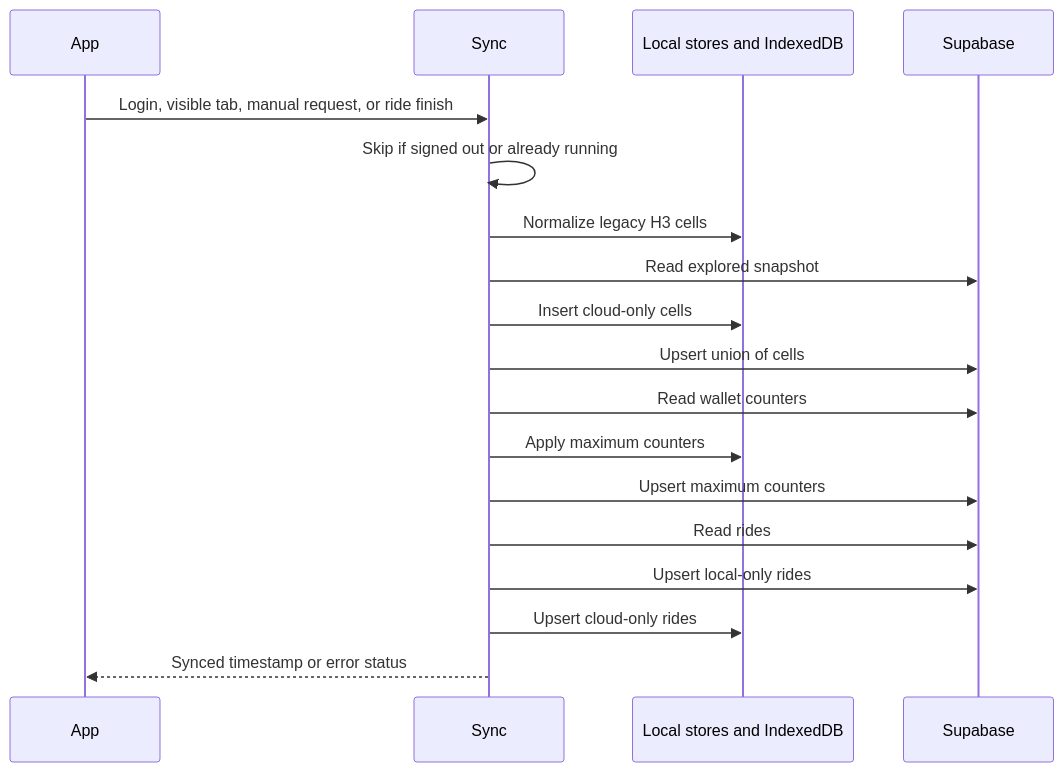
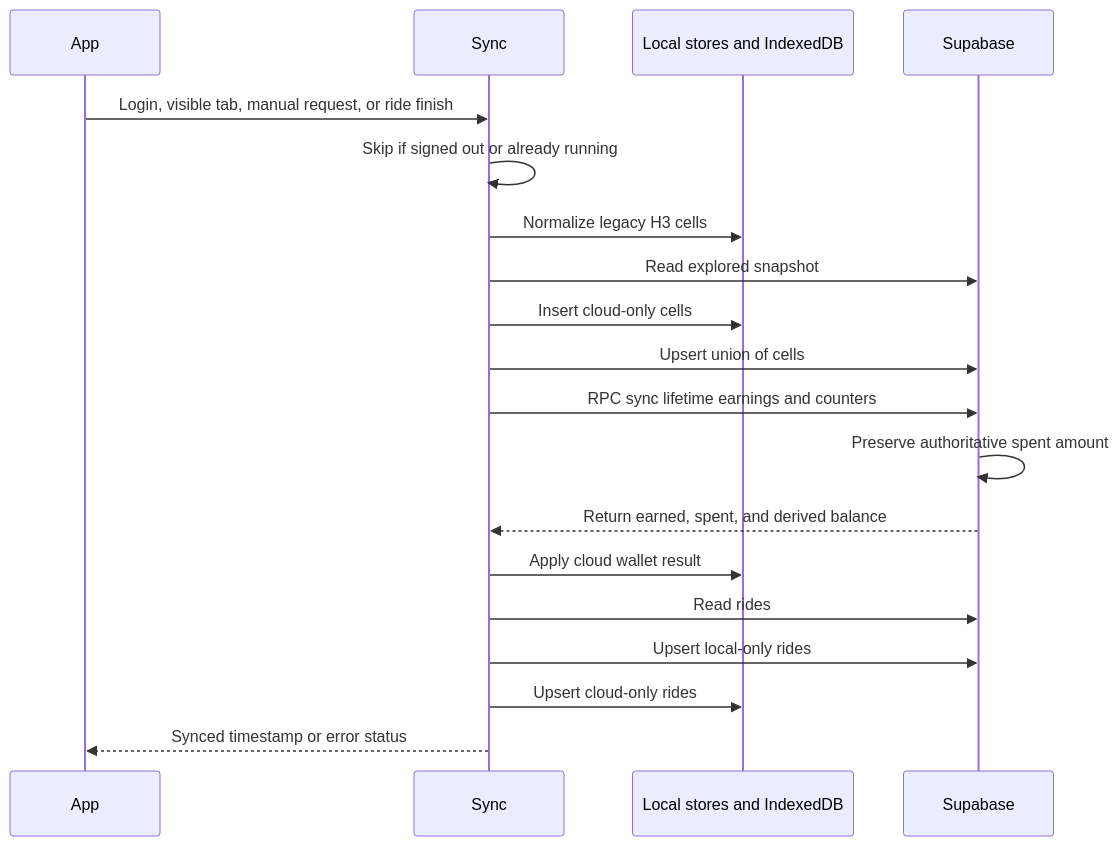
The first of 2 diagrams in Architecture/7-Runtime-View/7.4-Cloud-Synchronization.md (MadCowDevelopment/veloterra), drawn with Mermaid before and after one commit. The commit also changed other lines of this file and 25 other files, not shown here.

````diff
--- a/Architecture/7-Runtime-View/7.4-Cloud-Synchronization.md
+++ b/Architecture/7-Runtime-View/7.4-Cloud-Synchronization.md
@@ -9,21 +9,22 @@
 ```mermaid
 sequenceDiagram
     participant App
     participant Sync
     participant Local as Local stores and IndexedDB
     participant Cloud as Supabase
 
     App->>Sync: Login, visible tab, manual request, or ride finish
     Sync->>Sync: Skip if signed out or already running
     Sync->>Local: Normalize legacy H3 cells
     Sync->>Cloud: Read explored snapshot
     Sync->>Local: Insert cloud-only cells
     Sync->>Cloud: Upsert union of cells
-    Sync->>Cloud: Read wallet counters
-    Sync->>Local: Apply maximum counters
-    Sync->>Cloud: Upsert maximum counters
+    Sync->>Cloud: RPC sync lifetime earnings and counters
+    Cloud->>Cloud: Preserve authoritative spent amount
+    Cloud-->>Sync: Return earned, spent, and derived balance
+    Sync->>Local: Apply cloud wallet result
     Sync->>Cloud: Read rides
     Sync->>Cloud: Upsert local-only rides
     Sync->>Local: Upsert cloud-only rides
     Sync-->>App: Synced timestamp or error status
 ```
````
